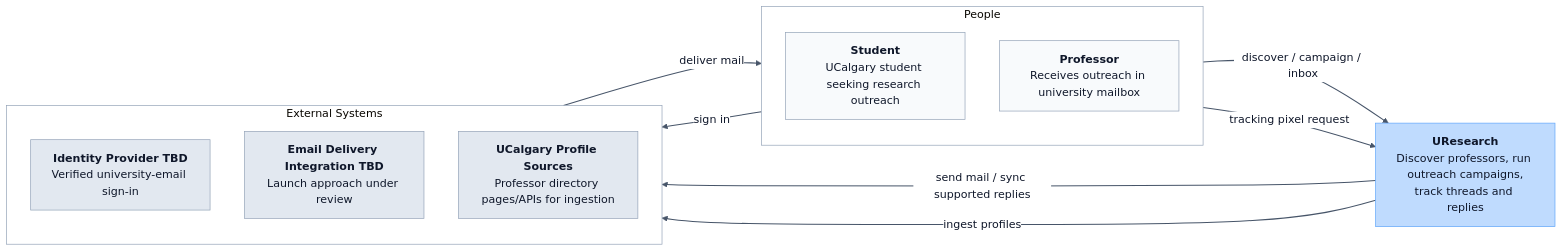
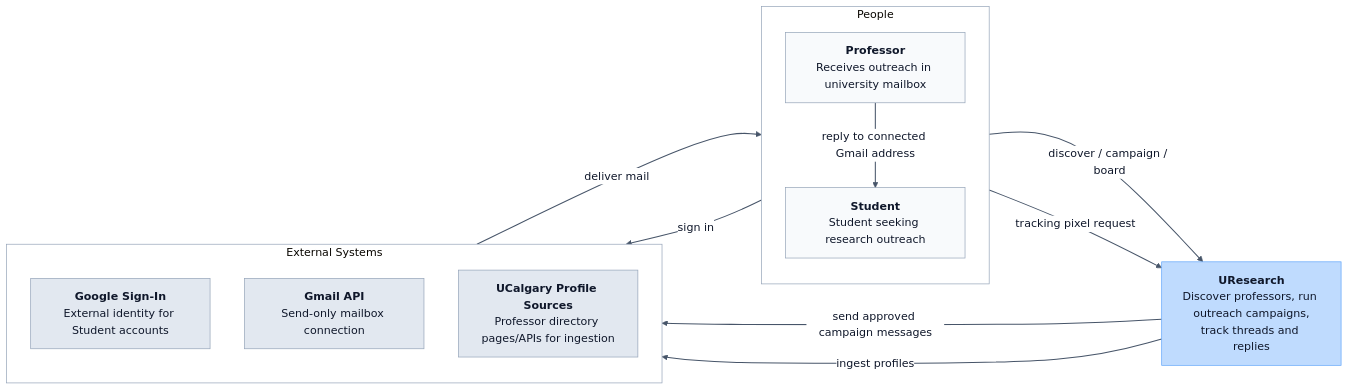
The diagram in docs/architecture/diagrams/c4-context.md (WanderingWalnut/UResearch), drawn with Mermaid before and after one commit. The commit also changed other lines of this file and 20 other files, not shown here.

````diff
--- a/docs/architecture/diagrams/c4-context.md
+++ b/docs/architecture/diagrams/c4-context.md
@@ -5,33 +5,34 @@
 ```mermaid
 %%{init: {"theme": "base", "themeVariables": {"background": "#f8fafc", "mainBkg": "#dbeafe", "primaryTextColor": "#0f172a", "lineColor": "#475569", "textColor": "#0f172a", "edgeLabelBackground": "#ffffff", "clusterBkg": "#ffffff", "clusterBorder": "#94a3b8", "fontFamily": "Inter, ui-sans-serif, system-ui, sans-serif"}} }%%
 flowchart LR
   subgraph users["People"]
     direction TB
-    student["<b>Student</b><br/>UCalgary student seeking research outreach"];
+    student["<b>Student</b><br/>Student seeking research outreach"];
     professor["<b>Professor</b><br/>Receives outreach in university mailbox"];
   end
 
   uresearch["<b>UResearch</b><br/>Discover professors, run outreach campaigns,<br/>track threads and replies"];
 
   subgraph external["External Systems"]
     direction TB
-    identity["<b>Identity Provider TBD</b><br/>Verified university-email sign-in"];
-    delivery["<b>Email Delivery Integration TBD</b><br/>Launch approach under review"];
+    identity["<b>Google Sign-In</b><br/>External identity for Student accounts"];
+    delivery["<b>Gmail API</b><br/>Send-only mailbox connection"];
     ucalgary_data["<b>UCalgary Profile Sources</b><br/>Professor directory pages/APIs for ingestion"];
   end
 
-  student -->|"discover / campaign / inbox"| uresearch;
+  student -->|"discover / campaign / board"| uresearch;
   student -->|"sign in"| identity;
-  uresearch -->|"send mail / sync supported replies"| delivery;
+  uresearch -->|"send approved campaign messages"| delivery;
   delivery -->|"deliver mail"| professor;
+  professor -->|"reply to connected Gmail address"| student;
   uresearch -->|"ingest profiles"| ucalgary_data;
   professor -->|"tracking pixel request"| uresearch;
 
   classDef personNode fill:#f8fafc,stroke:#94a3b8,color:#0f172a,stroke-width:1px;
   classDef systemNode fill:#bfdbfe,stroke:#60a5fa,color:#0f172a,stroke-width:1px;
   classDef externalNode fill:#e2e8f0,stroke:#94a3b8,color:#0f172a,stroke-width:1px;
   class student,professor personNode;
   class uresearch systemNode;
   class identity,delivery,ucalgary_data externalNode;
   linkStyle default stroke:#475569,stroke-width:1.5px;
 ```
````
